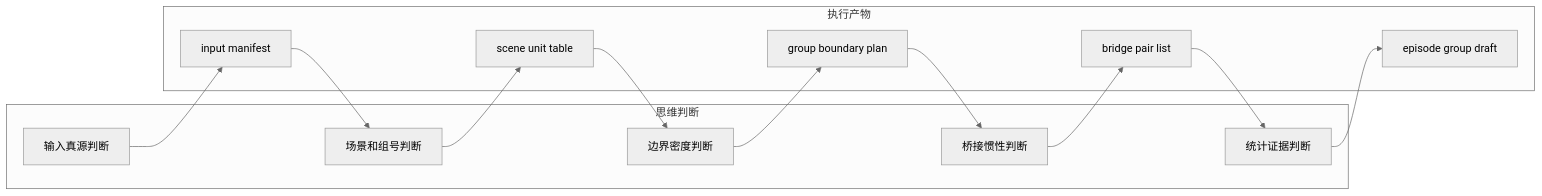
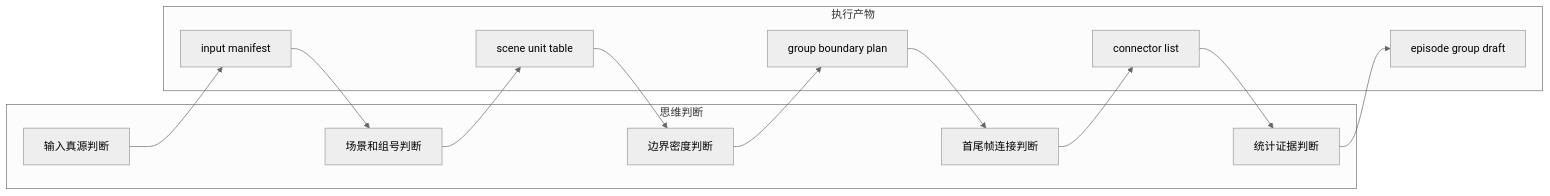
The second of 3 diagrams in .agents/skills/aigc/4-分组/steps/grouping-workflow.md (ZEN-VOID/AI-CUT), drawn with Mermaid (neutral theme) before and after one commit. The commit also changed other lines of this file and 85 other files, not shown here.

````diff
--- a/.agents/skills/aigc/4-分组/steps/grouping-workflow.md
+++ b/.agents/skills/aigc/4-分组/steps/grouping-workflow.md
@@ -35,18 +35,18 @@
 ```mermaid
 flowchart LR
     subgraph THINK["思维判断"]
         T1["输入真源判断"]
         T2["场景和组号判断"]
         T4["边界密度判断"]
-        T5["桥接惯性判断"]
+        T5["首尾帧连接判断"]
         T6["统计证据判断"]
     end
     subgraph EXEC["执行产物"]
         E1["input manifest"]
         E2["scene unit table"]
         E4["group boundary plan"]
-        E5["bridge pair list"]
+        E5["connector list"]
         E6["episode group draft"]
     end
     T1 --> E1 --> T2 --> E2 --> T4 --> E4 --> T5 --> E5 --> T6 --> E6
 ```
````
